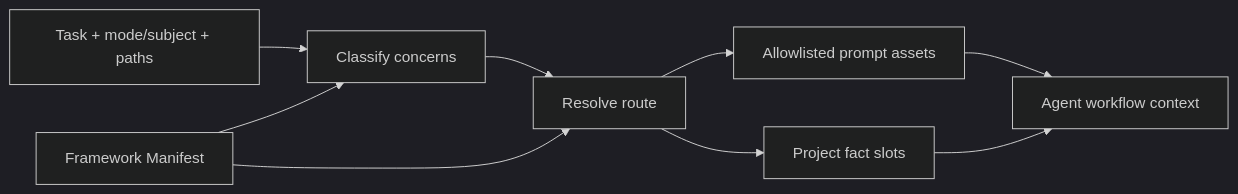
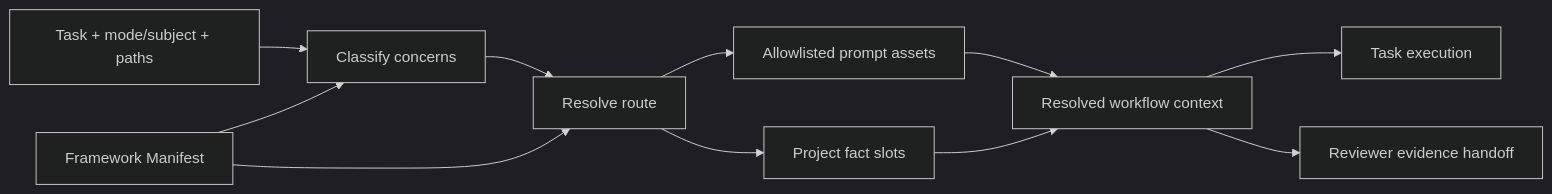
Before and after one commit to AntiAnimeGeneral/ousia-workflow: the first of 2 diagrams in .ousia/design/architecture/workflow-architecture.md, drawn with Mermaid (dark theme). The commit also changed other lines of this file and 1 other file, not shown here.

Commit message:
donot read framwork.json

````diff
--- a/.ousia/design/architecture/workflow-architecture.md
+++ b/.ousia/design/architecture/workflow-architecture.md
@@ -19,11 +19,13 @@
 ```mermaid
 flowchart LR
     I[Task + mode/subject + paths] --> C[Classify concerns]
     M[Framework Manifest] --> C
     C --> R[Resolve route]
     M --> R
     R --> A[Allowlisted prompt assets]
     R --> F[Project fact slots]
-    A --> W[Agent workflow context]
+    A --> W[Resolved workflow context]
     F --> W
+    W --> E[Task execution]
+    W --> V[Reviewer evidence handoff]
 ```
````
